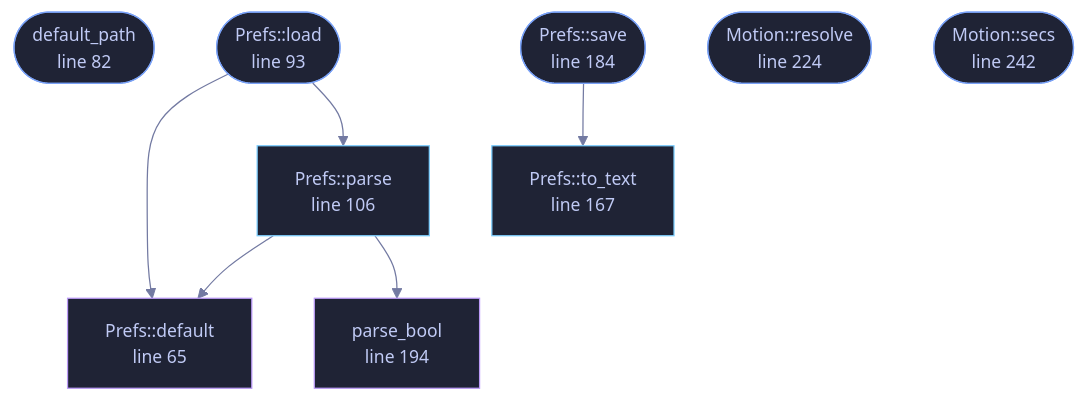
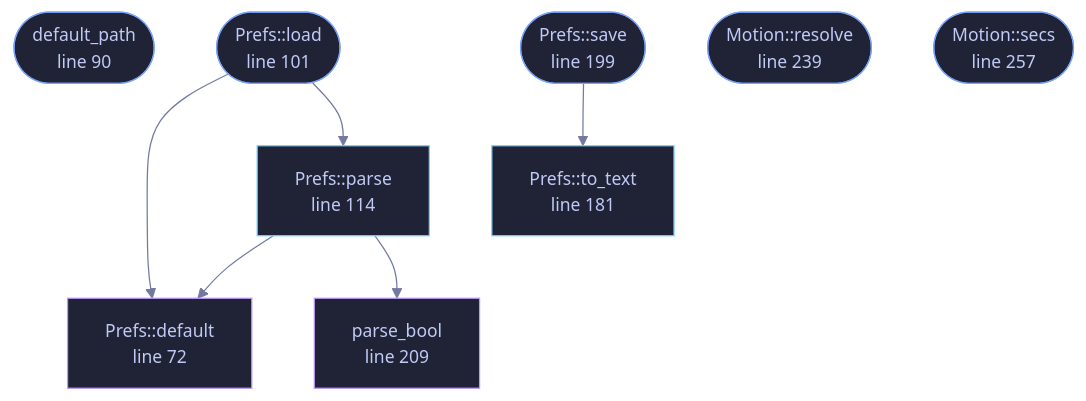
The diagram in wiki/File-veilvoice-gui-prefs.md (tilas01/veilvoice), drawn with Mermaid before and after one commit. The commit also changed other lines of this file and 26 other files, not shown here.

````diff
--- a/wiki/File-veilvoice-gui-prefs.md
+++ b/wiki/File-veilvoice-gui-prefs.md
@@ -81,33 +81,33 @@
 ```mermaid
 %%{init: {"theme":"base","themeVariables":{"background":"#1a1b26","primaryColor":"#1f2335","primaryTextColor":"#c0caf5","primaryBorderColor":"#7aa2f7","secondaryColor":"#16161e","tertiaryColor":"#16161e","lineColor":"#737aa2","textColor":"#c0caf5","mainBkg":"#1f2335","nodeBorder":"#7aa2f7","clusterBkg":"#16161e","clusterBorder":"#2f3549","fontFamily":"ui-monospace, SFMono-Regular, Consolas, monospace","fontSize":"14px"}}}%%
 flowchart TD
-    n_default["Prefs::default<br/>line 65"]
-    n_default_path(["default_path<br/>line 82"])
-    n_load(["Prefs::load<br/>line 93"])
-    n_parse["Prefs::parse<br/>line 106"]
-    n_to_text["Prefs::to_text<br/>line 167"]
-    n_save(["Prefs::save<br/>line 184"])
-    n_parse_bool["parse_bool<br/>line 194"]
-    n_resolve(["Motion::resolve<br/>line 224"])
-    n_secs(["Motion::secs<br/>line 242"])
+    n_default["Prefs::default<br/>line 72"]
+    n_default_path(["default_path<br/>line 90"])
+    n_load(["Prefs::load<br/>line 101"])
+    n_parse["Prefs::parse<br/>line 114"]
+    n_to_text["Prefs::to_text<br/>line 181"]
+    n_save(["Prefs::save<br/>line 199"])
+    n_parse_bool["parse_bool<br/>line 209"]
+    n_resolve(["Motion::resolve<br/>line 239"])
+    n_secs(["Motion::secs<br/>line 257"])
     n_load --> n_default
     n_load --> n_parse
     n_parse --> n_default
     n_parse --> n_parse_bool
     n_save --> n_to_text
-    click n_default href "https://github.com/tilas01/veilvoice/blob/main/crates/veilvoice-gui/src/prefs.rs#L65" "open the source"
-    click n_default_path href "https://github.com/tilas01/veilvoice/blob/main/crates/veilvoice-gui/src/prefs.rs#L82" "open the source"
-    click n_load href "https://github.com/tilas01/veilvoice/blob/main/crates/veilvoice-gui/src/prefs.rs#L93" "open the source"
-    click n_parse href "https://github.com/tilas01/veilvoice/blob/main/crates/veilvoice-gui/src/prefs.rs#L106" "open the source"
-    click n_to_text href "https://github.com/tilas01/veilvoice/blob/main/crates/veilvoice-gui/src/prefs.rs#L167" "open the source"
-    click n_save href "https://github.com/tilas01/veilvoice/blob/main/crates/veilvoice-gui/src/prefs.rs#L184" "open the source"
-    click n_parse_bool href "https://github.com/tilas01/veilvoice/blob/main/crates/veilvoice-gui/src/prefs.rs#L194" "open the source"
-    click n_resolve href "https://github.com/tilas01/veilvoice/blob/main/crates/veilvoice-gui/src/prefs.rs#L224" "open the source"
-    click n_secs href "https://github.com/tilas01/veilvoice/blob/main/crates/veilvoice-gui/src/prefs.rs#L242" "open the source"
+    click n_default href "https://github.com/tilas01/veilvoice/blob/main/crates/veilvoice-gui/src/prefs.rs#L72" "open the source"
+    click n_default_path href "https://github.com/tilas01/veilvoice/blob/main/crates/veilvoice-gui/src/prefs.rs#L90" "open the source"
+    click n_load href "https://github.com/tilas01/veilvoice/blob/main/crates/veilvoice-gui/src/prefs.rs#L101" "open the source"
+    click n_parse href "https://github.com/tilas01/veilvoice/blob/main/crates/veilvoice-gui/src/prefs.rs#L114" "open the source"
+    click n_to_text href "https://github.com/tilas01/veilvoice/blob/main/crates/veilvoice-gui/src/prefs.rs#L181" "open the source"
+    click n_save href "https://github.com/tilas01/veilvoice/blob/main/crates/veilvoice-gui/src/prefs.rs#L199" "open the source"
+    click n_parse_bool href "https://github.com/tilas01/veilvoice/blob/main/crates/veilvoice-gui/src/prefs.rs#L209" "open the source"
+    click n_resolve href "https://github.com/tilas01/veilvoice/blob/main/crates/veilvoice-gui/src/prefs.rs#L239" "open the source"
+    click n_secs href "https://github.com/tilas01/veilvoice/blob/main/crates/veilvoice-gui/src/prefs.rs#L257" "open the source"
     classDef entry fill:#1f2335,stroke:#7aa2f7,color:#c0caf5
     class n_default_path,n_load,n_save,n_resolve,n_secs entry
     classDef api fill:#1f2335,stroke:#7dcfff,color:#c0caf5
     class n_parse,n_to_text api
     classDef helper fill:#1f2335,stroke:#bb9af7,color:#c0caf5
     class n_default,n_parse_bool helper
 ```
````
